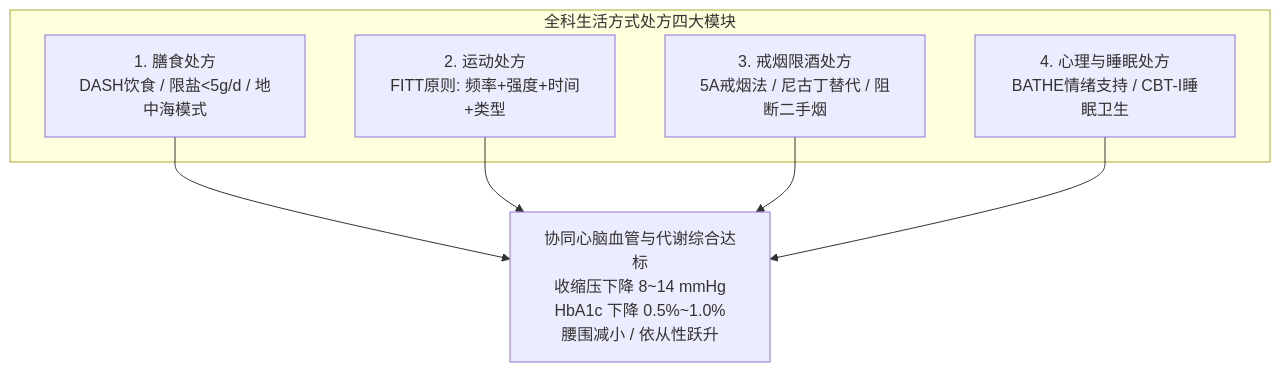
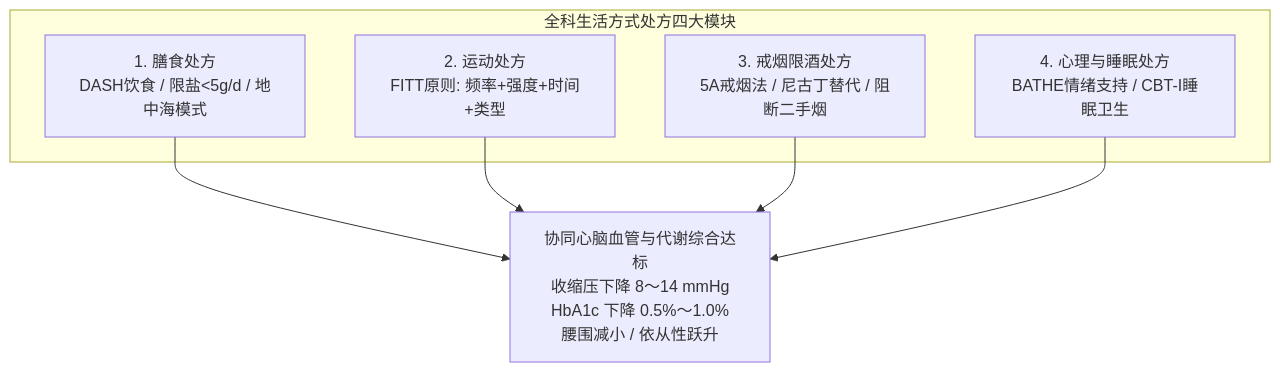
The diagram in wiki/synthesis/以家庭为单位慢病连续性管理与生活方式处方.md (yangli216/medical-llm-wiki), drawn with Mermaid before and after one commit. The commit also changed other lines of this file and 316 other files, not shown here.

````diff
--- a/wiki/synthesis/以家庭为单位慢病连续性管理与生活方式处方.md
+++ b/wiki/synthesis/以家庭为单位慢病连续性管理与生活方式处方.md
@@ -43,14 +43,14 @@
 ```mermaid
 graph TD
     subgraph 全科生活方式处方四大模块
         D[1. 膳食处方\nDASH饮食 / 限盐<5g/d / 地中海模式]
         E[2. 运动处方\nFITT原则: 频率+强度+时间+类型]
         T[3. 戒烟限酒处方\n5A戒烟法 / 尼古丁替代 / 阻断二手烟]
         P[4. 心理与睡眠处方\nBATHE情绪支持 / CBT-I睡眠卫生]
     end
     
-    D --> BP_Control[协同心脑血管与代谢综合达标\n收缩压下降 8~14 mmHg\nHbA1c 下降 0.5%~1.0%\n腰围减小 / 依从性跃升]
+    D --> BP_Control[协同心脑血管与代谢综合达标\n收缩压下降 8～14 mmHg\nHbA1c 下降 0.5%～1.0%\n腰围减小 / 依从性跃升]
     E --> BP_Control
     T --> BP_Control
     P --> BP_Control
 ```
````
